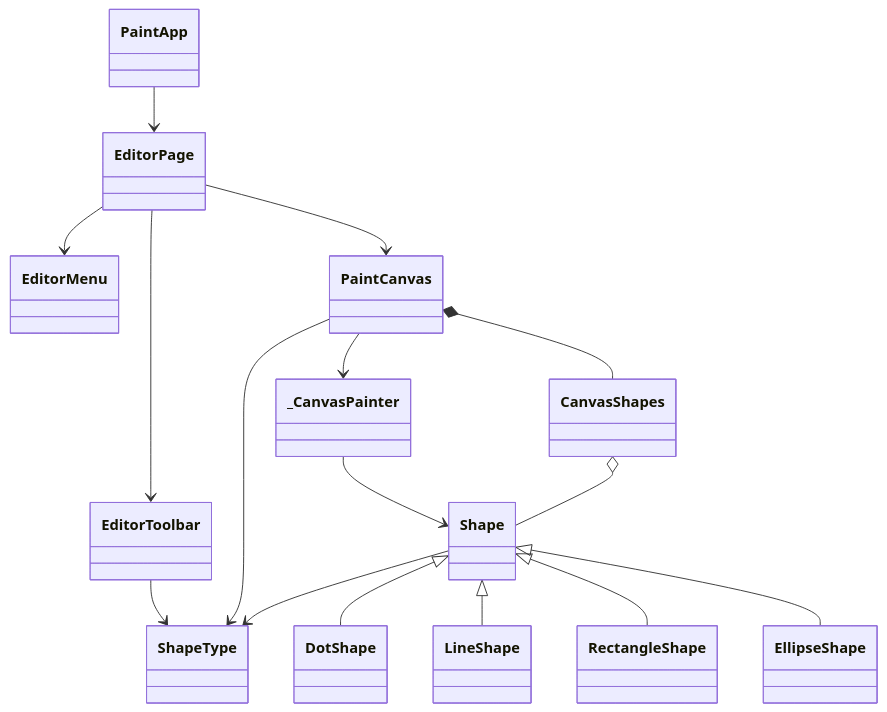
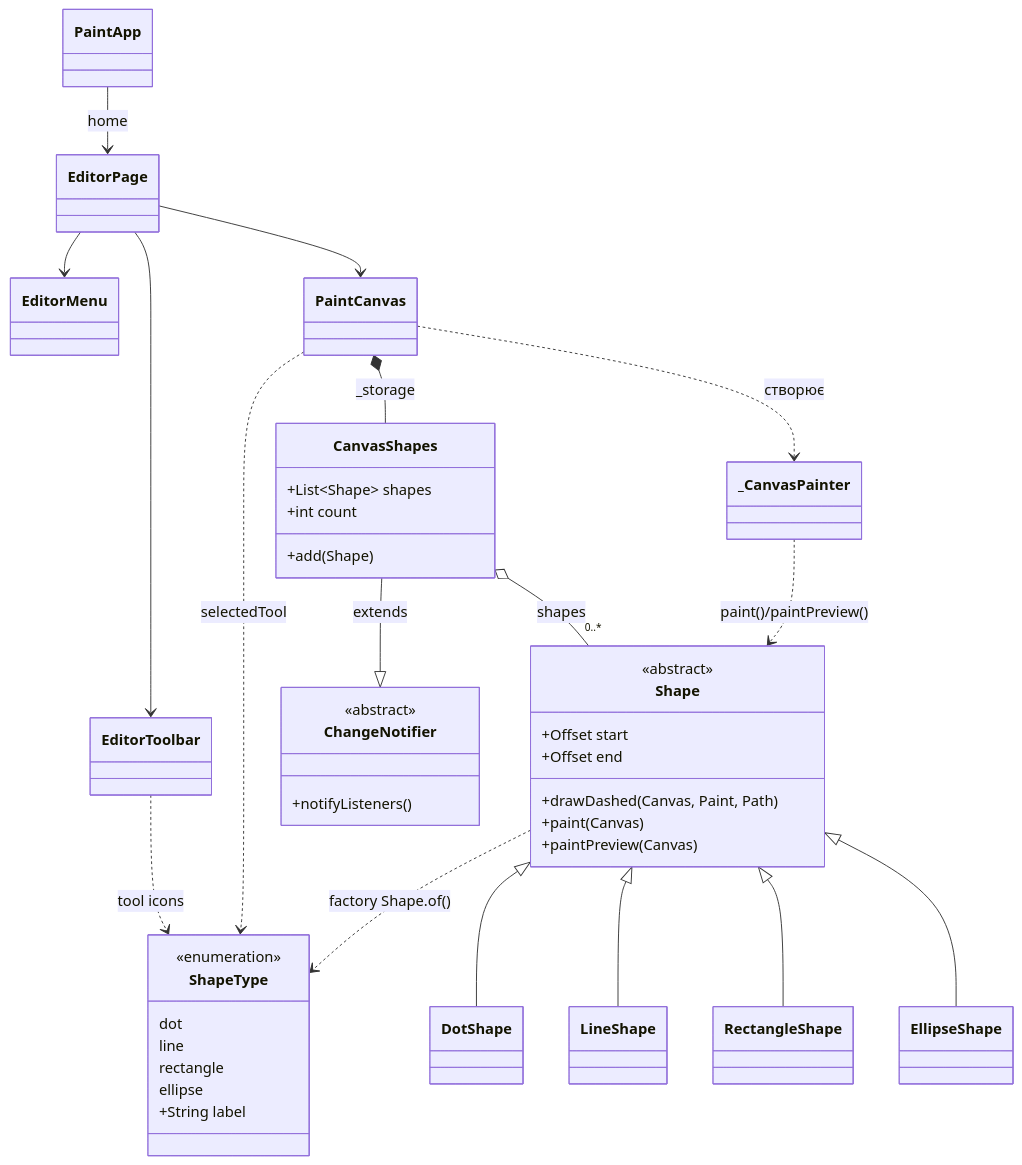
The diagram in README.md (tevarindol/paint), drawn with Mermaid before and after one commit.

Commit message:
docs(readme): replace class diagram stub with full UML class diagram

````diff
--- a/README.md
+++ b/README.md
@@ -18,18 +18,55 @@
 ```mermaid
 classDiagram
-    PaintApp --> EditorPage
+    class ShapeType {
+        <<enumeration>>
+        dot
+        line
+        rectangle
+        ellipse
+        +String label
+    }
+    class Shape {
+        <<abstract>>
+        +Offset start
+        +Offset end
+        +drawDashed(Canvas, Paint, Path)
+        +paint(Canvas)
+        +paintPreview(Canvas)
+    }
+    class CanvasShapes {
+        +List~Shape~ shapes
+        +int count
+        +add(Shape)
+    }
+    class ChangeNotifier {
+        <<abstract>>
+        +notifyListeners()
+    }
+    class DotShape
+    class LineShape
+    class RectangleShape
+    class EllipseShape
+    class PaintCanvas
+    class _CanvasPainter
+    class EditorPage
+    class EditorMenu
+    class EditorToolbar
+    class PaintApp
+
+    PaintApp --> EditorPage : home
     EditorPage --> EditorMenu
     EditorPage --> EditorToolbar
     EditorPage --> PaintCanvas
-    EditorToolbar --> ShapeType
-    PaintCanvas --> ShapeType
-    PaintCanvas *-- CanvasShapes
-    PaintCanvas --> _CanvasPainter
-    _CanvasPainter --> Shape
-    CanvasShapes o-- Shape
-    Shape --> ShapeType
+    EditorToolbar ..> ShapeType : tool icons
+    PaintCanvas ..> ShapeType : selectedTool
+    PaintCanvas *-- CanvasShapes : _storage
+    PaintCanvas ..> _CanvasPainter : створює
+    _CanvasPainter ..> Shape : paint()/paintPreview()
+    CanvasShapes --|> ChangeNotifier : extends
+    CanvasShapes o-- "0..*" Shape : shapes
+    Shape ..> ShapeType : factory Shape.of()
     Shape <|-- DotShape
     Shape <|-- LineShape
     Shape <|-- RectangleShape
     Shape <|-- EllipseShape
 ```
````
